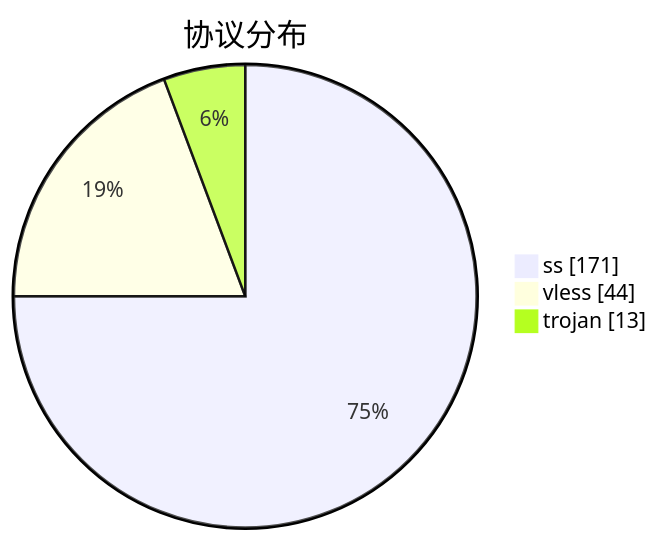
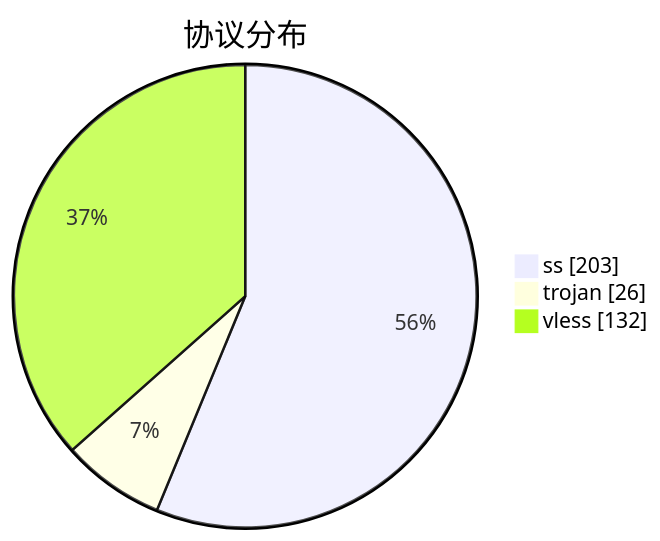
Before and after one commit to qjlxg/airport: the third of 3 diagrams in subs/statistics/tested_within.md, drawn with Mermaid. The commit also changed other lines of this file and 2 other files, not shown here.

````diff
--- a/subs/statistics/tested_within.md
+++ b/subs/statistics/tested_within.md
@@ -31,7 +30,7 @@
 ```mermaid
 pie showData
 title 协议分布
-"ss" : 171
-"vless" : 44
-"trojan" : 13
+"ss" : 203
+"trojan" : 26
+"vless" : 132
 ```
````
